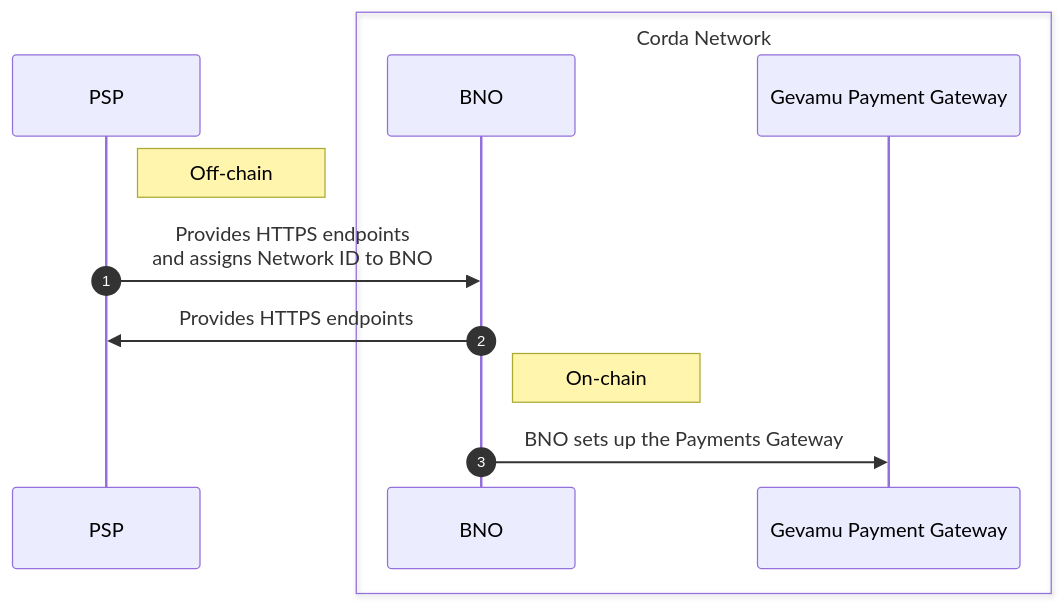
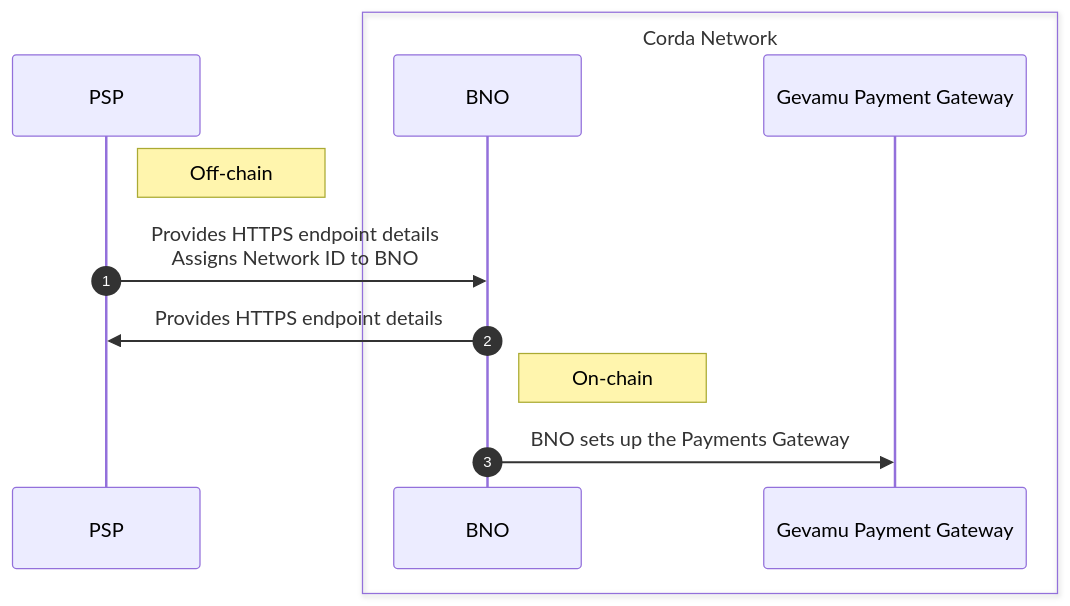
The diagram in content/3.workflow/2.BNO-onboarding.md (gevamu/gevamu.github.io), drawn with Mermaid before and after one commit. The commit also changed 6 other files, not shown here.

````diff
--- a/content/3.workflow/2.BNO-onboarding.md
+++ b/content/3.workflow/2.BNO-onboarding.md
@@ -9,24 +9,24 @@
 ```mermaid
 
 sequenceDiagram
      autonumber
 
     %% code block %% 
     participant psp as PSP
     box Corda Network
     participant bno as BNO
     participant gpg as Gevamu Payment Gateway
     end
 
     Note right of psp: Off-chain
-    psp ->> bno: Provides HTTPS endpoints<br/> and assigns Network ID to BNO
-    bno ->> psp: Provides HTTPS endpoints
+    psp ->> bno: Provides HTTPS endpoint details<br/> Assigns Network ID to BNO
+    bno ->> psp: Provides HTTPS endpoint details
     
     Note right of bno: On-chain
     bno ->> gpg: BNO sets up the Payments Gateway
     
     
     
    
 
 ```
````
